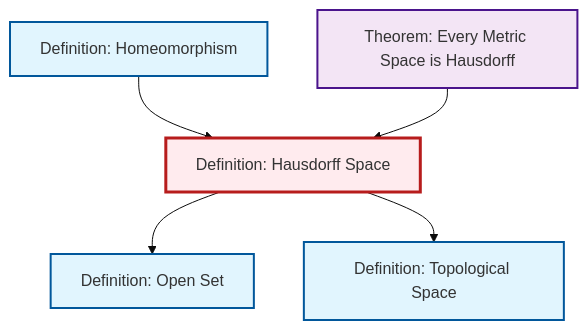
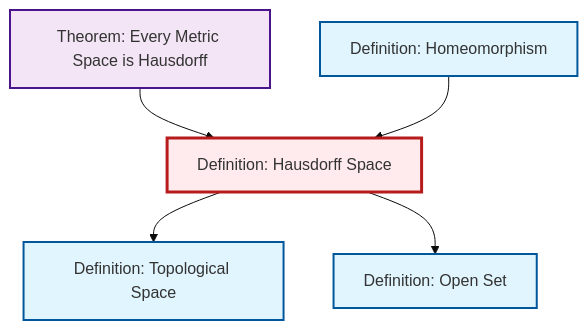
The diagram in content/ja/topology/def-hausdorff.qmd (RK0429/ModernMath), drawn with Mermaid (base theme) before and after one commit. The commit also changed other lines of this file and 491 other files, not shown here.

````diff
--- a/content/ja/topology/def-hausdorff.qmd
+++ b/content/ja/topology/def-hausdorff.qmd
@@ -54,23 +54,23 @@
 ```{mermaid}
 %%| fig-cap: "Local dependency graph"
 graph TD
     classDef definition fill:#e1f5fe,stroke:#01579b,stroke-width:2px
     classDef theorem fill:#f3e5f5,stroke:#4a148c,stroke-width:2px
     classDef axiom fill:#fff3e0,stroke:#e65100,stroke-width:2px
     classDef example fill:#e8f5e9,stroke:#1b5e20,stroke-width:2px
     classDef current fill:#ffebee,stroke:#b71c1c,stroke-width:3px
     def-hausdorff["Definition: Hausdorff Space"]:::definition
+    def-topological-space["Definition: Topological Space"]:::definition
     def-open-set["Definition: Open Set"]:::definition
+    def-homeomorphism["Definition: Homeomorphism"]:::definition
     thm-metric-hausdorff["Theorem: Every Metric Space is Hausdorff"]:::theorem
-    def-homeomorphism["Definition: Homeomorphism"]:::definition
-    def-topological-space["Definition: Topological Space"]:::definition
+    thm-metric-hausdorff --> def-hausdorff
+    def-homeomorphism --> def-hausdorff
+    def-hausdorff --> def-topological-space
     def-hausdorff --> def-open-set
-    def-hausdorff --> def-topological-space
-    def-homeomorphism --> def-hausdorff
-    thm-metric-hausdorff --> def-hausdorff
     class def-hausdorff current
+    click def-topological-space "def-topological-space.html" "Definition: Topological Spaceへ"
     click def-open-set "def-open-set.html" "Definition: Open Setへ"
+    click def-homeomorphism "def-homeomorphism.html" "Definition: Homeomorphismへ"
     click thm-metric-hausdorff "thm-metric-hausdorff.html" "Theorem: Every Metric Space is Hausdorffへ"
-    click def-homeomorphism "def-homeomorphism.html" "Definition: Homeomorphismへ"
-    click def-topological-space "def-topological-space.html" "Definition: Topological Spaceへ"
 ```
````
